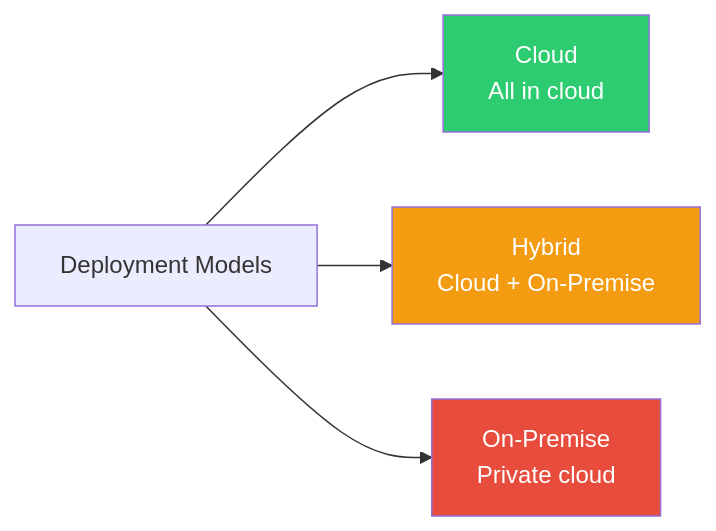
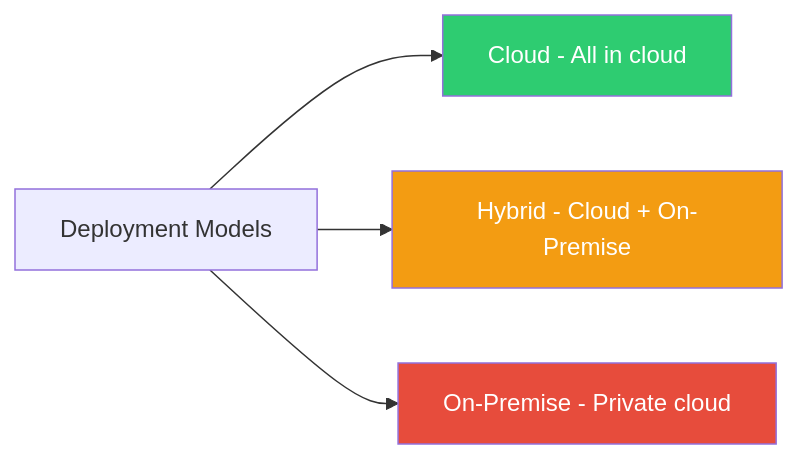
Before and after one commit to jtombo45/SeniorEngineerRoadmap: the third of 10 diagrams in Cloud/AWS/AWS-Certifications/AWS-Cloud-Practitioner/README.md, drawn with Mermaid. The commit also changed other lines of this file, not shown here.

Commit message:
fixed diagrams for rendering

````diff
--- a/Cloud/AWS/AWS-Certifications/AWS-Cloud-Practitioner/README.md
+++ b/Cloud/AWS/AWS-Certifications/AWS-Cloud-Practitioner/README.md
@@ -168,10 +177,10 @@
 ```mermaid
-graph LR
-    A[Deployment Models] --> B[Cloud<br/>All in cloud]
-    A --> C[Hybrid<br/>Cloud + On-Premise]
-    A --> D[On-Premise<br/>Private cloud]
+flowchart LR
+    A[Deployment Models] --> B[Cloud - All in cloud]
+    A --> C[Hybrid - Cloud + On-Premise]
+    A --> D[On-Premise - Private cloud]
     
     style B fill:#2ECC71,color:#fff
     style C fill:#F39C12,color:#fff
     style D fill:#E74C3C,color:#fff
 ```
````
